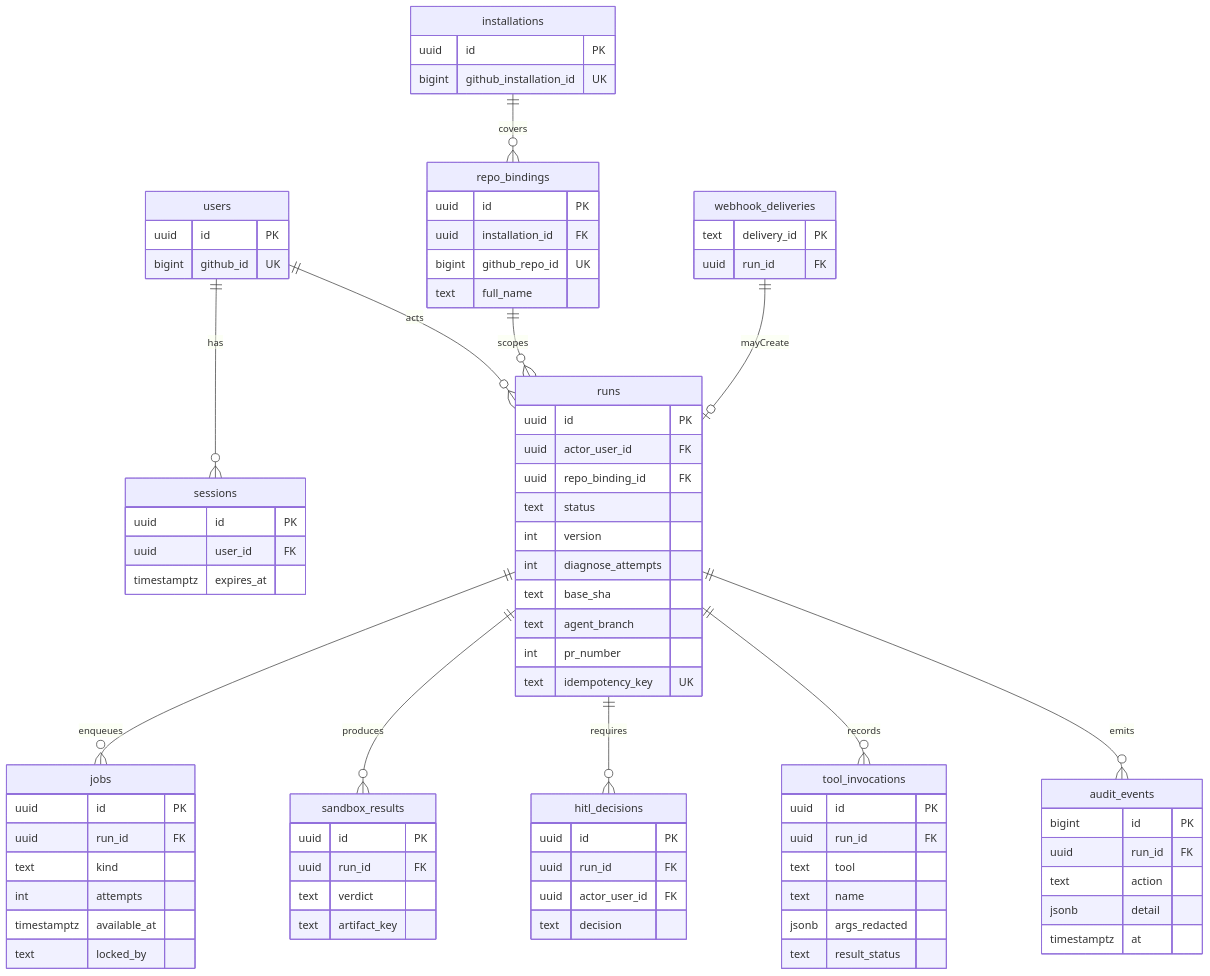
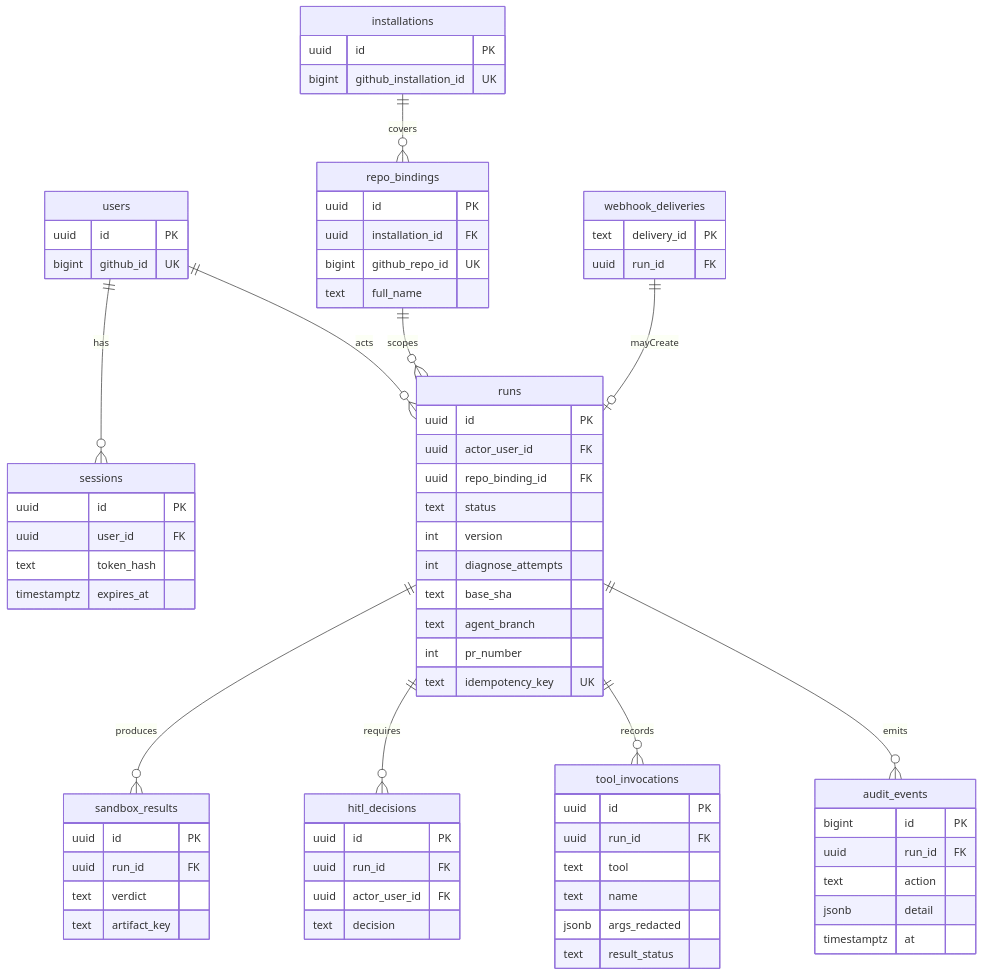
Before and after one commit to Yuvansh1234/adamant: the fifth of 6 diagrams in docs/backend-architecture.md, drawn with Mermaid. The commit also changed other lines of this file and 11 other files, not shown here.

```diff
--- a/docs/backend-architecture.md
+++ b/docs/backend-architecture.md
@@ -183,7 +265,6 @@
   repo_bindings ||--o{ runs : scopes
   users ||--o{ runs : acts
   webhook_deliveries ||--o| runs : mayCreate
-  runs ||--o{ jobs : enqueues
   runs ||--o{ sandbox_results : produces
   runs ||--o{ hitl_decisions : requires
   runs ||--o{ tool_invocations : records
@@ -196,6 +277,7 @@
   sessions {
     uuid id PK
     uuid user_id FK
+    text token_hash
     timestamptz expires_at
   }
   installations {
@@ -223,14 +305,6 @@
     text agent_branch
     int pr_number
     text idempotency_key UK
-  }
-  jobs {
-    uuid id PK
-    uuid run_id FK
-    text kind
-    int attempts
-    timestamptz available_at
-    text locked_by
   }
   sandbox_results {
     uuid id PK
```
